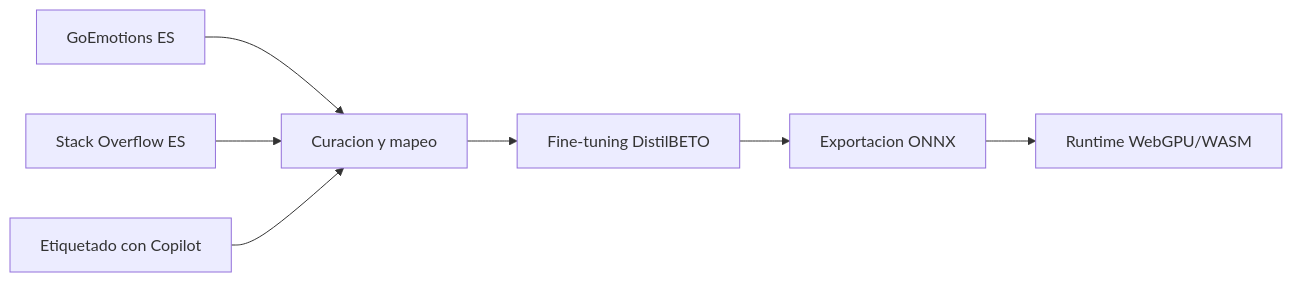
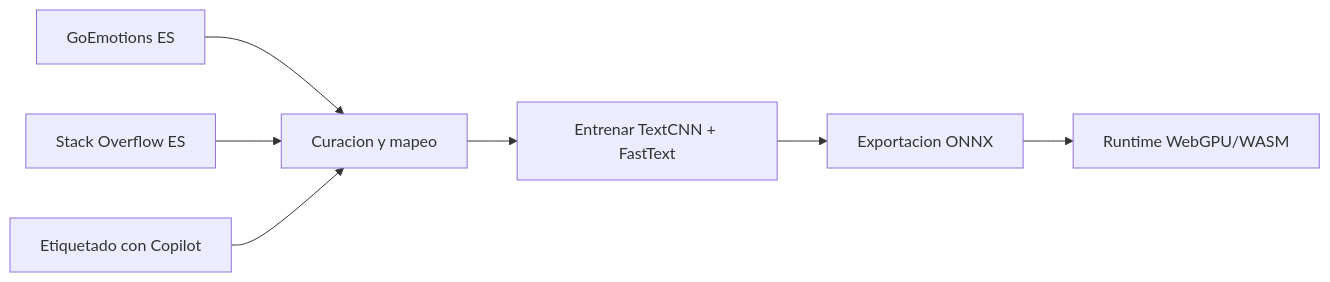
Before and after one commit to KarloZ7715/Synapse: the second of 2 diagrams in README.md, drawn with Mermaid. The commit also changed other lines of this file and 1 other file, not shown here.

````diff
--- a/README.md
+++ b/README.md
@@ -70,9 +70,9 @@
 ```mermaid
 flowchart LR
     G[GoEmotions ES] --> C[Curacion y mapeo]
     S[Stack Overflow ES] --> C
     L[Etiquetado con Copilot] --> C
-    C --> T[Fine-tuning DistilBETO]
+    C --> T[Entrenar TextCNN + FastText]
     T --> O[Exportacion ONNX]
     O --> R[Runtime WebGPU/WASM]
 ```
````
